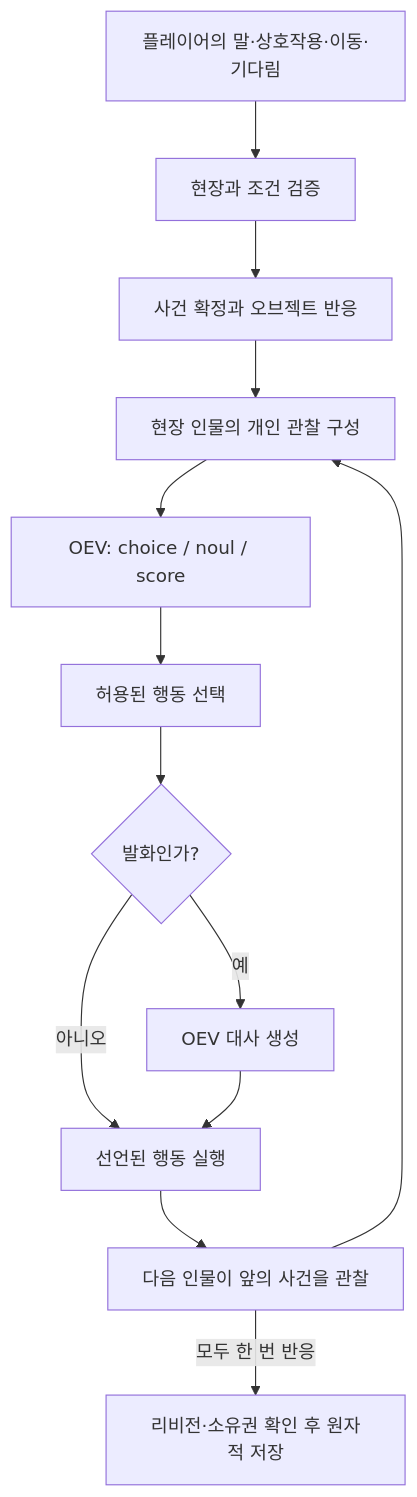
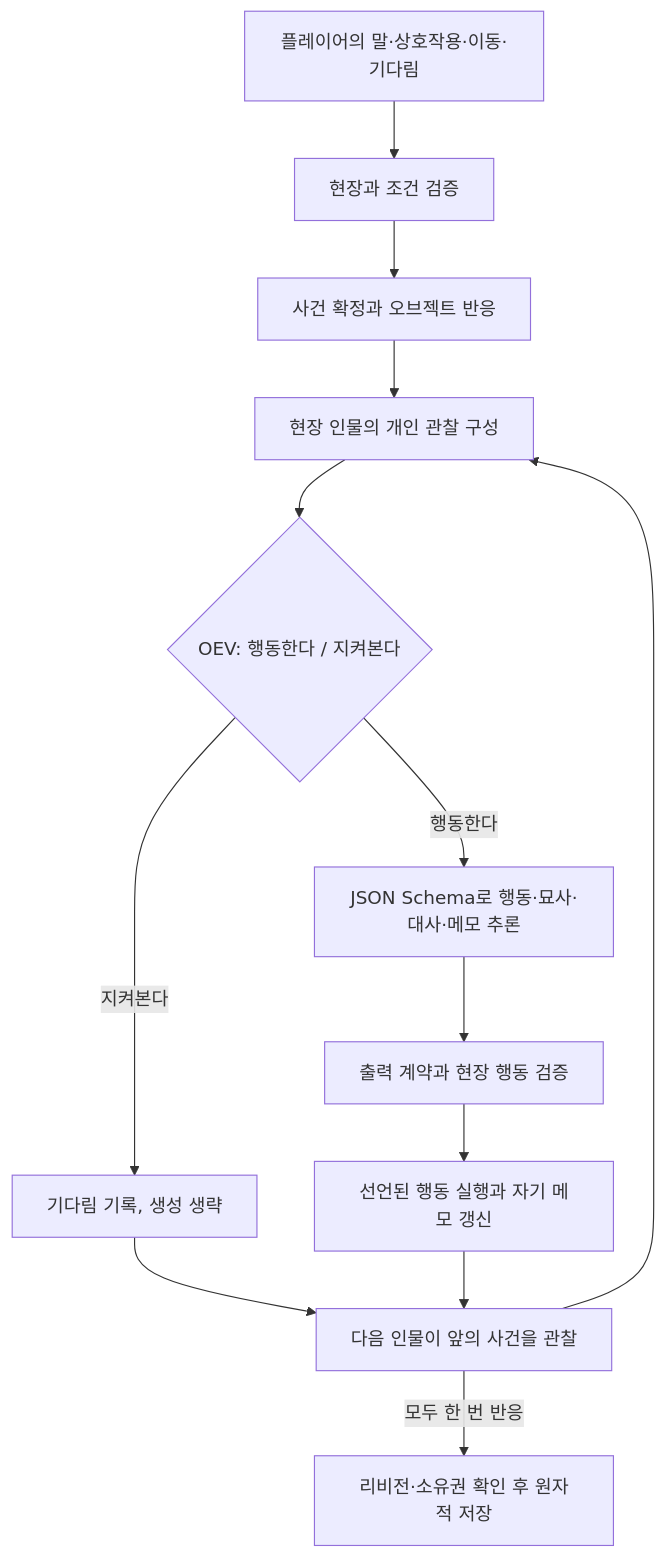
The diagram in docs/PRODUCT.md (snowmerak/newera), drawn with Mermaid before and after one commit. The commit also changed other lines of this file and 15 other files, not shown here.

````diff
--- a/docs/PRODUCT.md
+++ b/docs/PRODUCT.md
@@ -15,15 +17,15 @@
 ```mermaid
 flowchart TD
   P[플레이어의 말·상호작용·이동·기다림] --> V[현장과 조건 검증]
   V --> E[사건 확정과 오브젝트 반응]
   E --> O[현장 인물의 개인 관찰 구성]
-  O --> D[OEV: choice / noul / score]
-  D --> A[허용된 행동 선택]
-  A --> T{발화인가?}
-  T -->|예| S[OEV 대사 생성]
-  T -->|아니오| R[선언된 행동 실행]
-  S --> R
+  O --> D{OEV: 행동한다 / 지켜본다}
+  D -->|지켜본다| W[기다림 기록, 생성 생략]
+  D -->|행동한다| S[JSON Schema로 행동·묘사·대사·메모 추론]
+  S --> V2[출력 계약과 현장 행동 검증]
+  V2 --> R[선언된 행동 실행과 자기 메모 갱신]
+  W --> N
   R --> N[다음 인물이 앞의 사건을 관찰]
   N --> O
   N -->|모두 한 번 반응| C[리비전·소유권 확인 후 원자적 저장]
 ```
````
